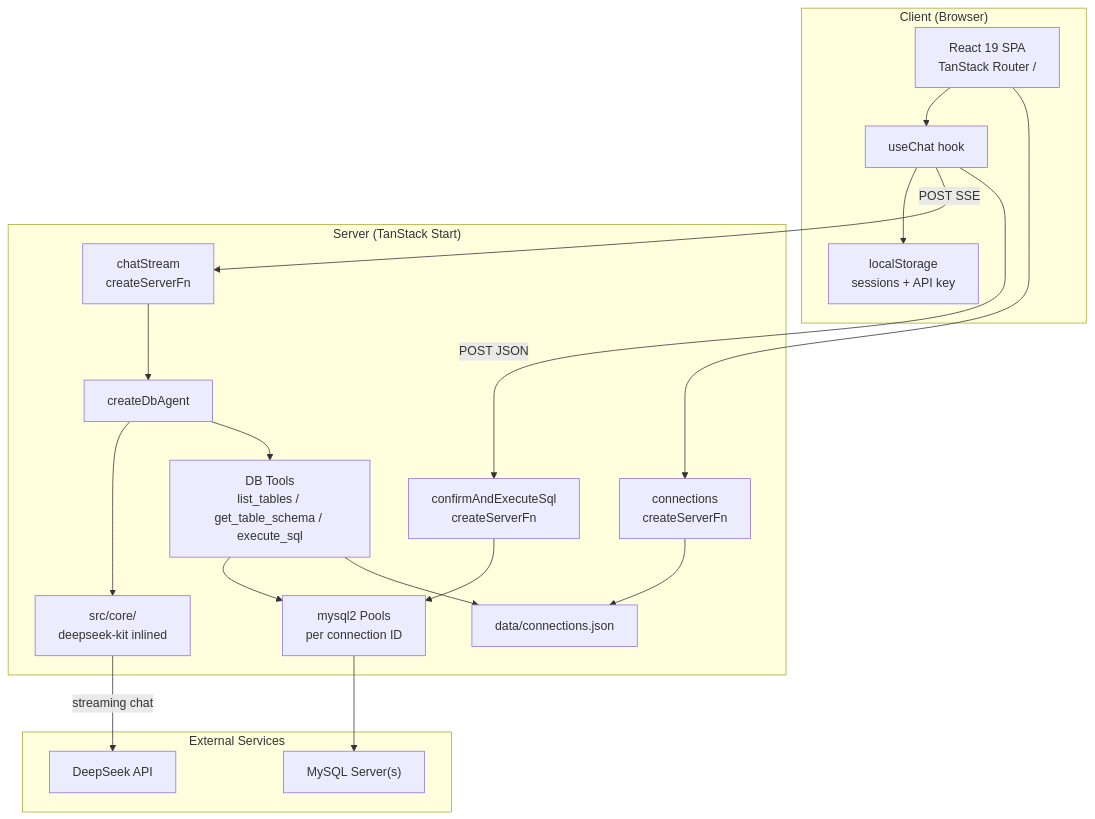
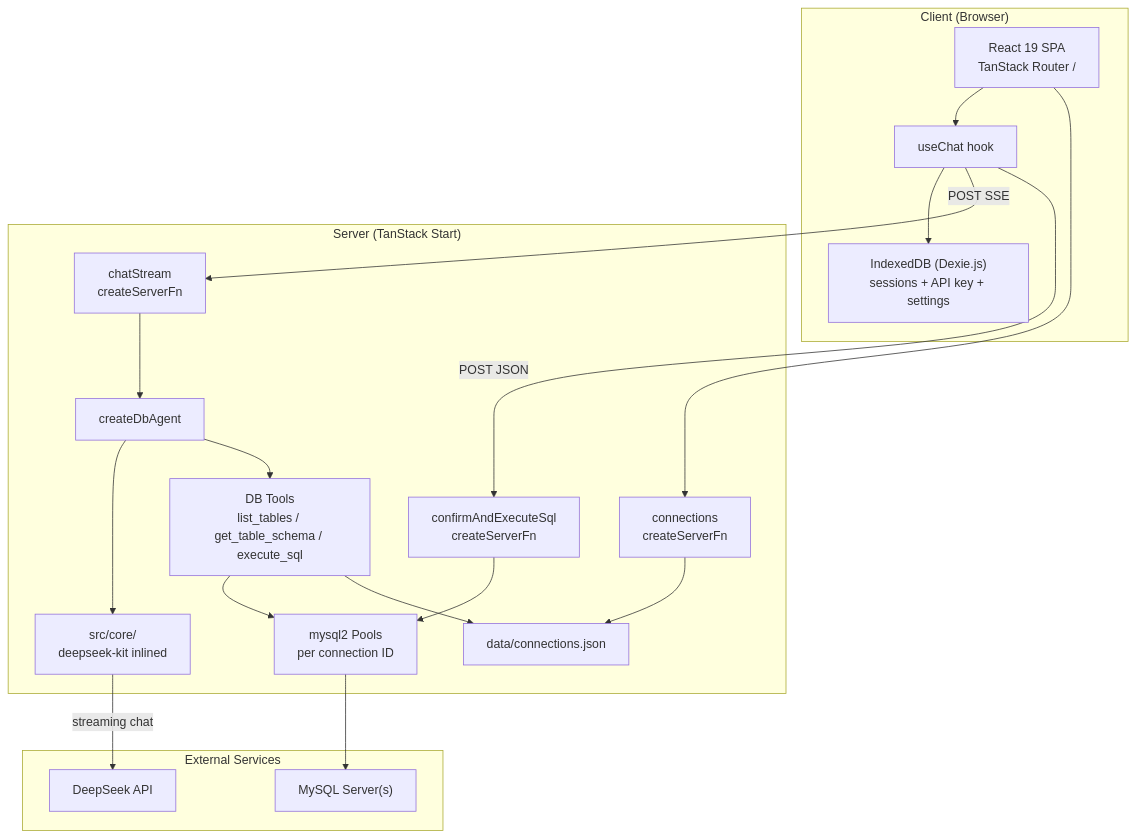
Before and after one commit to annoyc/deepseek-db-chat: the first of 6 diagrams in docs/architecture.md, drawn with Mermaid. The commit also changed other lines of this file and 9 other files, not shown here.

````diff
--- a/docs/architecture.md
+++ b/docs/architecture.md
@@ -25,40 +25,40 @@
 ```mermaid
 flowchart TB
     subgraph client ["Client (Browser)"]
         UI["React 19 SPA<br/>TanStack Router /"]
         useChat["useChat hook"]
-        localStorage["localStorage<br/>sessions + API key"]
+        indexedDB["IndexedDB (Dexie.js)<br/>sessions + API key + settings"]
         UI --> useChat
-        useChat --> localStorage
+        useChat --> indexedDB
     end
 
     subgraph server ["Server (TanStack Start)"]
         chatStream["chatStream<br/>createServerFn"]
         confirmSql["confirmAndExecuteSql<br/>createServerFn"]
         connectionsFn["connections<br/>createServerFn"]
         agentLayer["createDbAgent"]
         tools["DB Tools<br/>list_tables / get_table_schema / execute_sql"]
         core["src/core/<br/>deepseek-kit inlined"]
         dbPools["mysql2 Pools<br/>per connection ID"]
         connFile["data/connections.json"]
     end
 
     subgraph external ["External Services"]
         deepseek["DeepSeek API"]
         mysql["MySQL Server(s)"]
     end
 
     useChat -->|"POST SSE"| chatStream
     useChat -->|"POST JSON"| confirmSql
     UI --> connectionsFn
 
     chatStream --> agentLayer
     agentLayer --> core
     agentLayer --> tools
     core -->|"streaming chat"| deepseek
     tools --> dbPools
     confirmSql --> dbPools
     dbPools --> mysql
     connectionsFn --> connFile
     tools --> connFile
 ```
````
